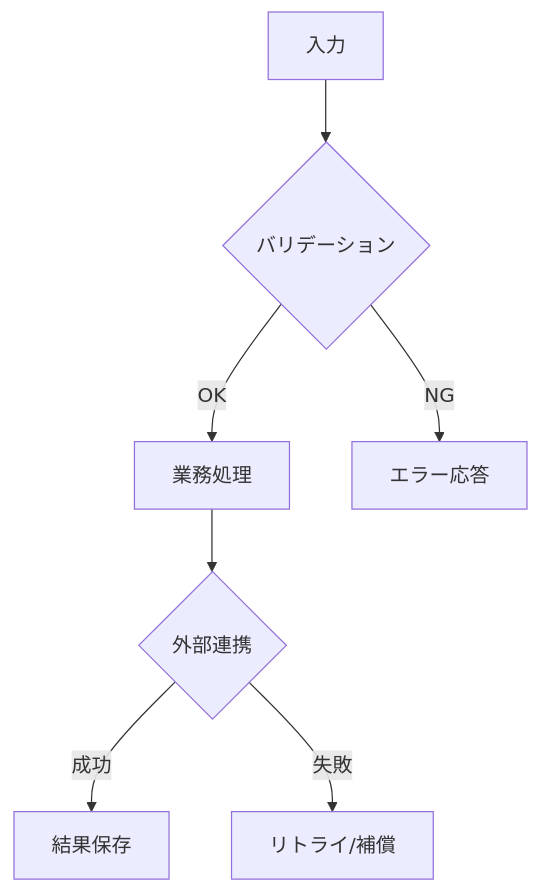
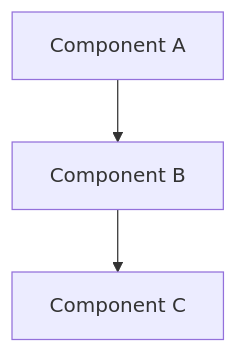
One commit to MichiharuShiba/statevia changed the diagram in .spec-workflow/templates/design-template.md. Above: the diagram before and after it, drawn with Mermaid. The commit also changed other lines of this file and 8 other files, not shown here.

````diff
--- a/.spec-workflow/templates/design-template.md
+++ b/.spec-workflow/templates/design-template.md
@@ -52,9 +36,5 @@
 ```mermaid
-flowchart TD
-    A[入力] --> B{バリデーション}
-    B -->|OK| C[業務処理]
-    B -->|NG| D[エラー応答]
-    C --> E{外部連携}
-    E -->|成功| F[結果保存]
-    E -->|失敗| G[リトライ/補償]
+graph TD
+    A[Component A] --> B[Component B]
+    B --> C[Component C]
 ```
````
